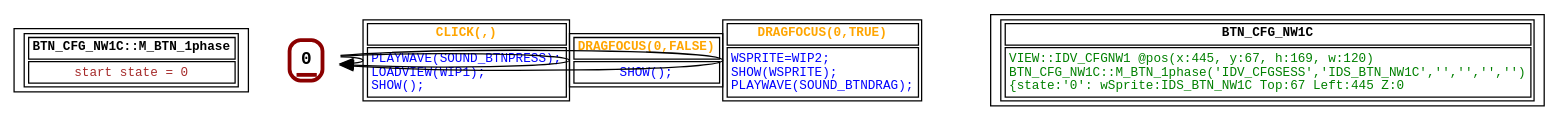
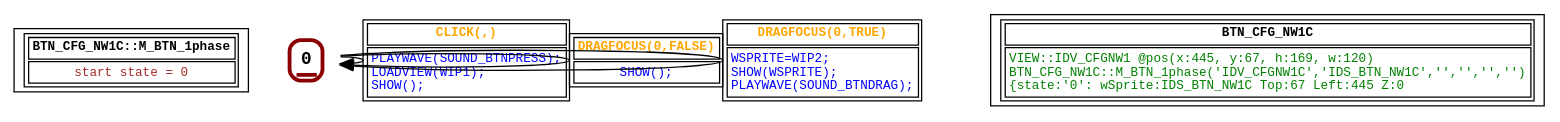
Before and after one commit to guy-stewart/AzariaCD: the diagram in graphs/BTN_CFG_NW1C.dot, drawn with Graphviz. The commit also changed 31 other files, not shown here.

```diff
--- a/graphs/BTN_CFG_NW1C.dot
+++ b/graphs/BTN_CFG_NW1C.dot
@@ -1,21 +1,21 @@
 digraph Automaton {
  fontname="Courier New"
 	node [shape=oval, fontname="Courier New"];
 	filename[shape = record, fontsize=10, label=< <table border="1"><tr><td><b>BTN_CFG_NW1C::M_BTN_1phase<br align="left"/></b></td></tr>
 <tr><td><font point-size="10" color ="brown">start state = 0<br align="left"/></font></td></tr></table>>
 ];
 	0[shape = none, fontsize=14, label=< <table border="3" color="darkred" style="rounded"><tr><td sides="b"><b>0<br align="left"/></b></td></tr>
 </table>>];
 "0" -> "0" [fontcolor=orange,fontsize=10,fontname="Courier New", label=< <table border="1"><tr><td><b>CLICK(,)<br align="left"/></b></td></tr>
 <tr><td><font point-size="10" color ="blue">PLAYWAVE(SOUND_BTNPRESS);<br align="left"/>LOADVIEW(WIP1);<br align="left"/>SHOW();<br align="left"/></font></td></tr></table>>
 ];
 "0" -> "0" [fontcolor=orange,fontsize=10,fontname="Courier New", label=< <table border="1"><tr><td><b>DRAGFOCUS(0,FALSE)<br align="left"/></b></td></tr>
 <tr><td><font point-size="10" color ="blue">SHOW();<br align="left"/></font></td></tr></table>>
 ];
 "0" -> "0" [fontcolor=orange,fontsize=10,fontname="Courier New", label=< <table border="1"><tr><td><b>DRAGFOCUS(0,TRUE)<br align="left"/></b></td></tr>
 <tr><td><font point-size="10" color ="blue">WSPRITE=WIP2;<br align="left"/>SHOW(WSPRITE);<br align="left"/>PLAYWAVE(SOUND_BTNDRAG);<br align="left"/></font></td></tr></table>>
 ];
 	status[shape = record, fontsize=10, label=< <table border="1"><tr><td><b>BTN_CFG_NW1C<br align="left"/></b></td></tr>
-<tr><td><font point-size="10" color ="green">VIEW::IDV_CFGNW1 @pos(x:445, y:67, h:169, w:120)<br align="left"/>BTN_CFG_NW1C::M_BTN_1phase(&apos;IDV_CFGSESS&apos;,&apos;IDS_BTN_NW1C&apos;,&apos;&apos;,&apos;&apos;,&apos;&apos;,&apos;&apos;)<br align="left"/>			&#123;state:&apos;0&apos;: wSprite:IDS_BTN_NW1C Top:67 Left:445 Z:0<br align="left"/></font></td></tr></table>>
+<tr><td><font point-size="10" color ="green">VIEW::IDV_CFGNW1 @pos(x:445, y:67, h:169, w:120)<br align="left"/>BTN_CFG_NW1C::M_BTN_1phase(&apos;IDV_CFGNW1C&apos;,&apos;IDS_BTN_NW1C&apos;,&apos;&apos;,&apos;&apos;,&apos;&apos;,&apos;&apos;)<br align="left"/>			&#123;state:&apos;0&apos;: wSprite:IDS_BTN_NW1C Top:67 Left:445 Z:0<br align="left"/></font></td></tr></table>>
 ];
 }
```
